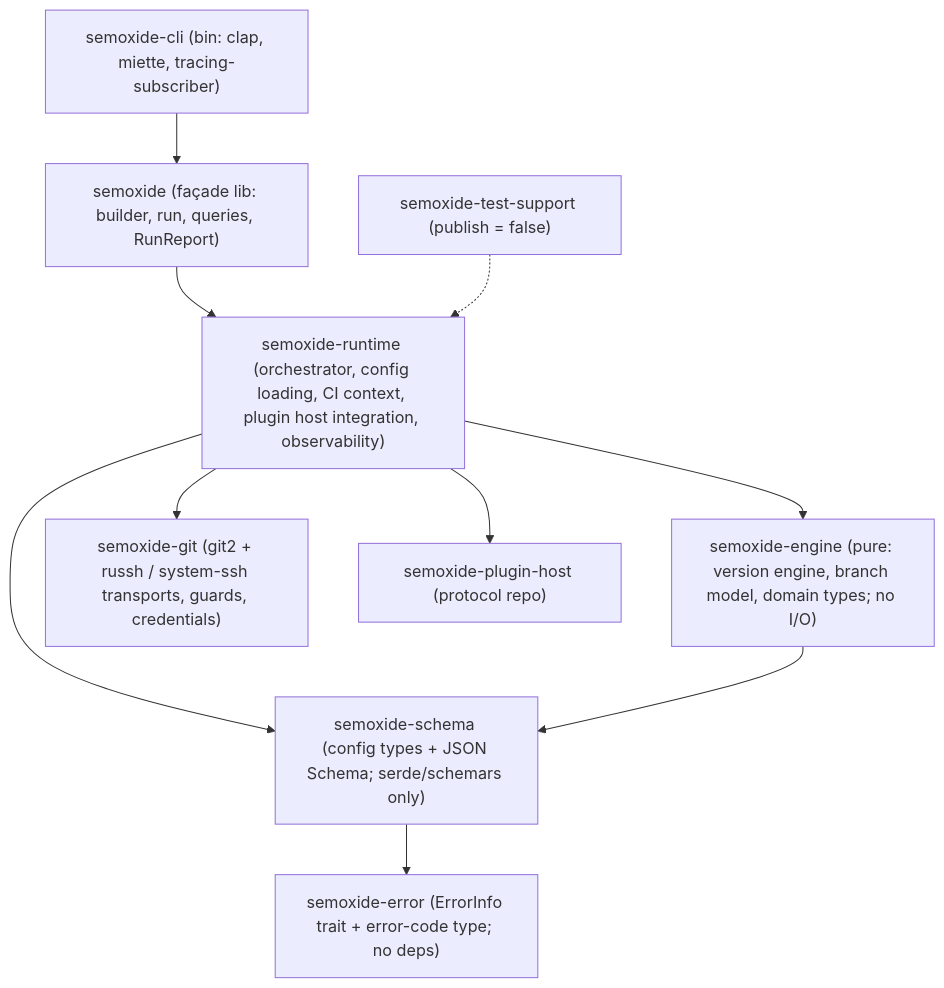
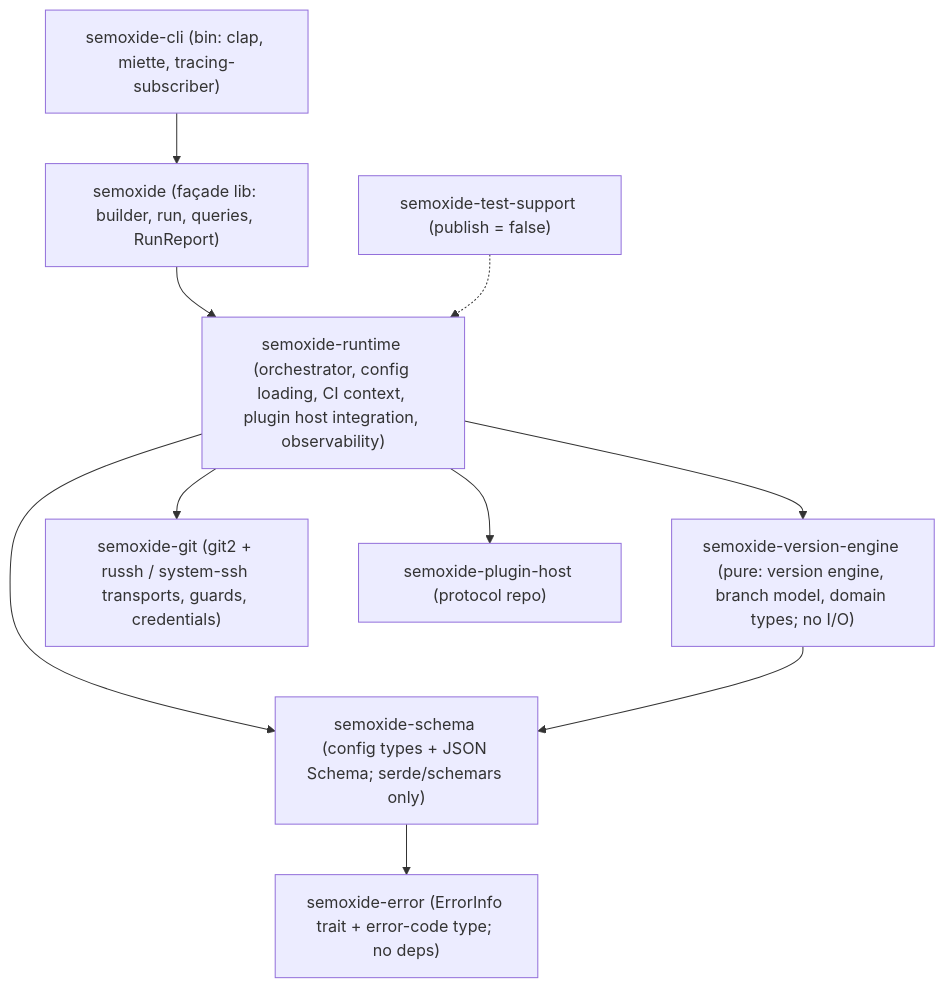
Before and after one commit to semoxide/semoxide: the diagram in docs/CODE-ARCHITECTURE.md, drawn with Mermaid. The commit also changed other lines of this file and 9 other files, not shown here.

First line of the commit message:
refactor: rename semoxide-engine to semoxide-version-engine

````diff
--- a/docs/CODE-ARCHITECTURE.md
+++ b/docs/CODE-ARCHITECTURE.md
@@ -9,12 +9,12 @@
 ```mermaid
 flowchart TD
     cli["semoxide-cli (bin: clap, miette, tracing-subscriber)"] --> facade["semoxide (façade lib: builder, run, queries, RunReport)"]
     facade --> runtime["semoxide-runtime (orchestrator, config loading, CI context, plugin host integration, observability)"]
-    runtime --> engine["semoxide-engine (pure: version engine, branch model, domain types; no I/O)"]
+    runtime --> engine["semoxide-version-engine (pure: version engine, branch model, domain types; no I/O)"]
     runtime --> schema["semoxide-schema (config types + JSON Schema; serde/schemars only)"]
     runtime --> git["semoxide-git (git2 + russh / system-ssh transports, guards, credentials)"]
     runtime --> host["semoxide-plugin-host (protocol repo)"]
     engine --> schema
     schema --> err["semoxide-error (ErrorInfo trait + error-code type; no deps)"]
     tests["semoxide-test-support (publish = false)"] -.-> runtime
 ```
````
